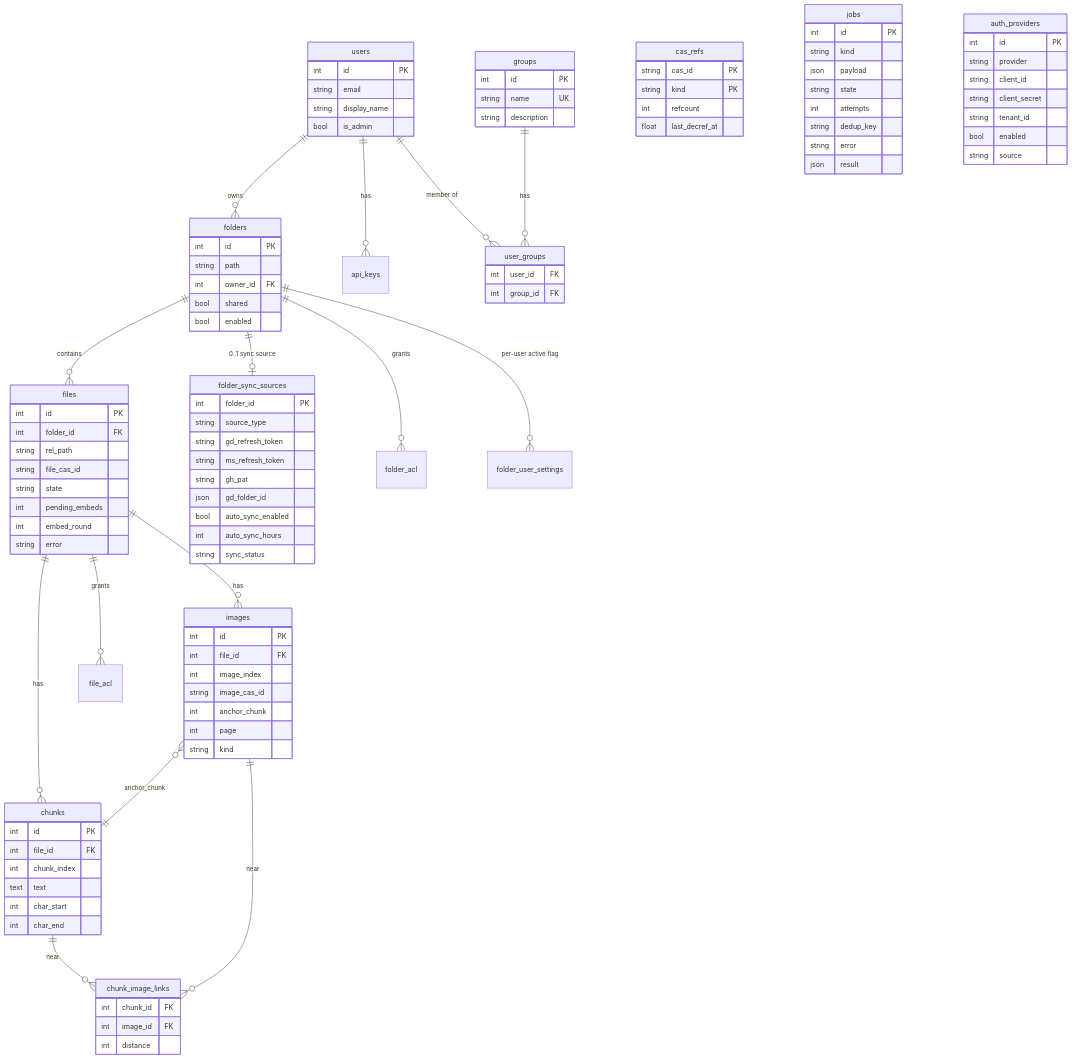
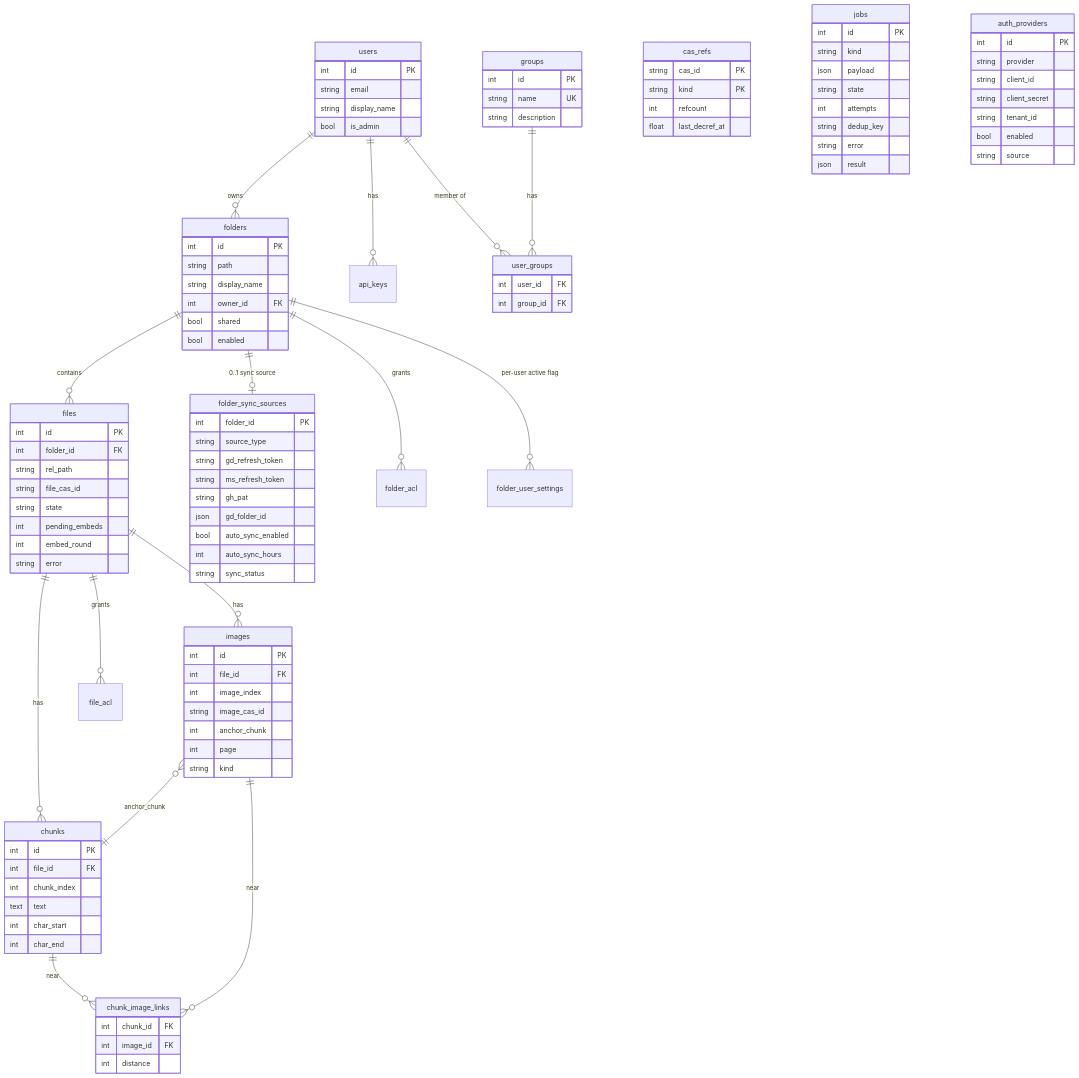
Before and after one commit to voitta-ai/voitta-rag-enterprise: diagram 17 of 19 in docs/OPERATIONS.md, drawn with Mermaid. The commit also changed other lines of this file, not shown here.

First line of the commit message:
docs: correct gc_cas (not wired) + minor ER/snapshot fixes after 3-pass audit

```diff
--- a/docs/OPERATIONS.md
+++ b/docs/OPERATIONS.md
@@ -829,6 +834,7 @@
     folders {
         int id PK
         string path
+        string display_name
         int owner_id FK
         bool shared
         bool enabled
```
